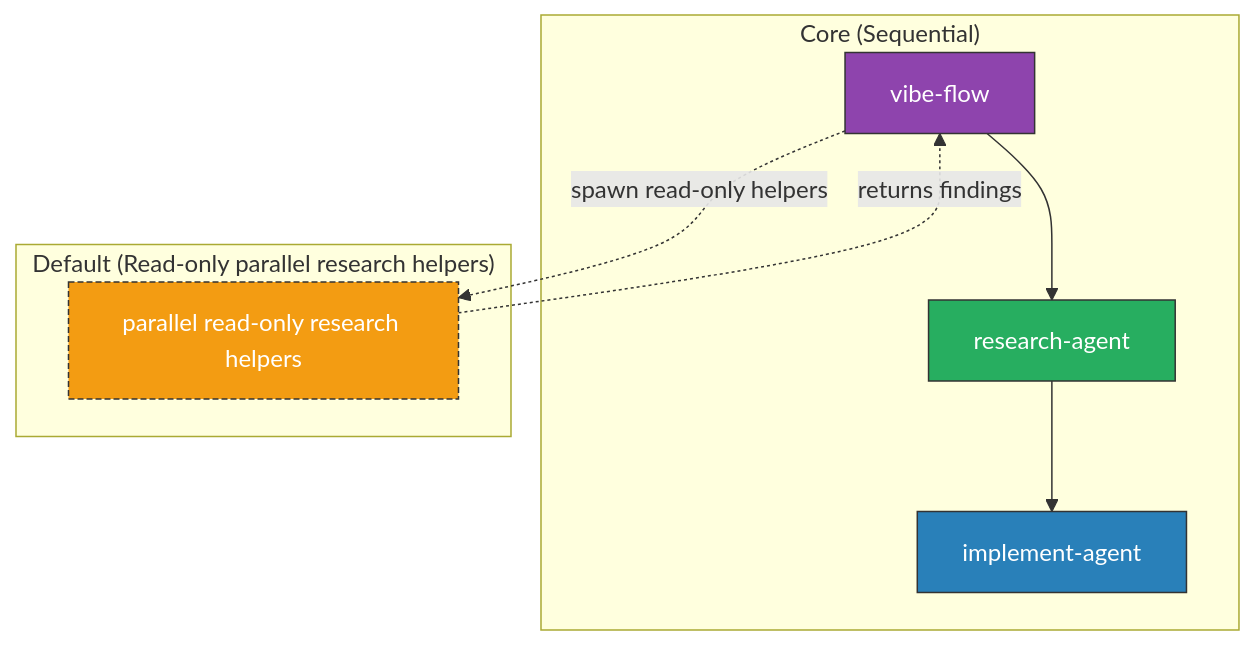
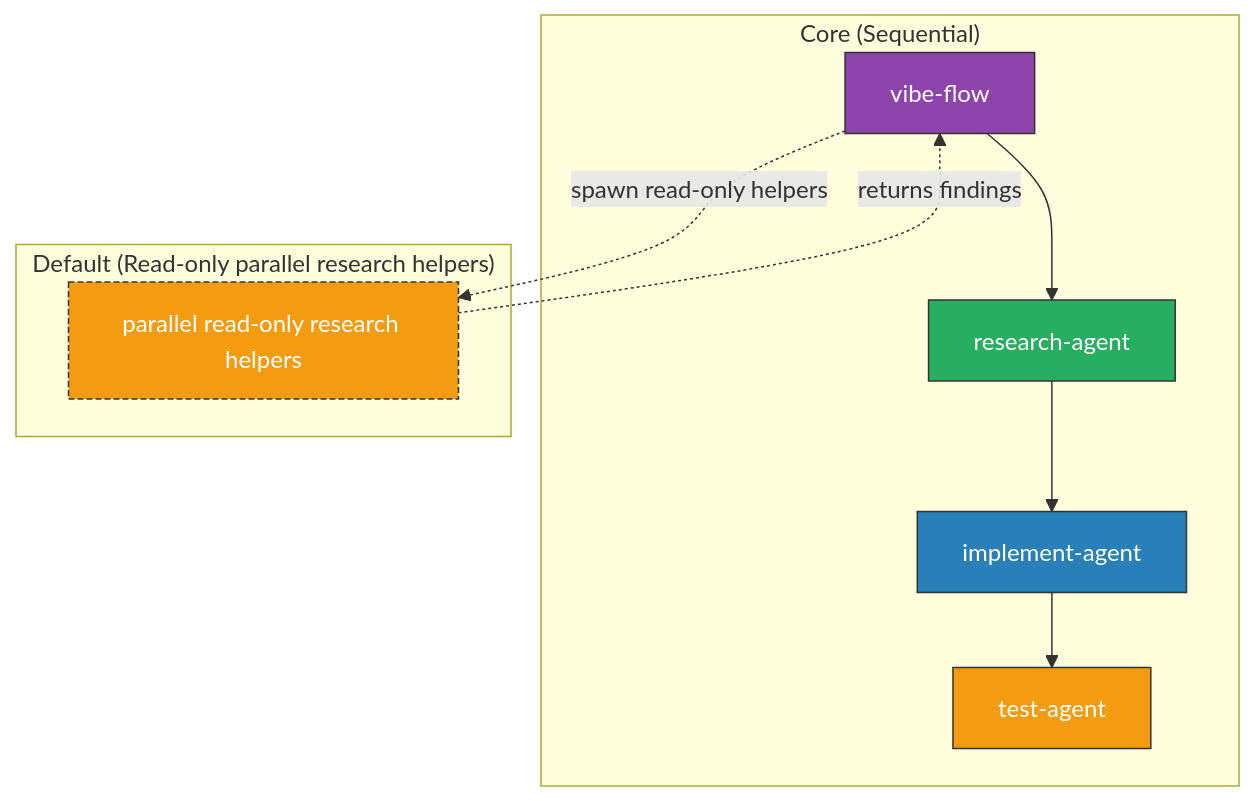
Before and after one commit to sammykumar/vibe-flow-agent-orchestrator: the second of 2 diagrams in README.md, drawn with Mermaid. The commit also changed other lines of this file and 3 other files, not shown here.

````diff
--- a/README.md
+++ b/README.md
@@ -81,17 +89,19 @@
 ```mermaid
 flowchart TD
     subgraph "Core (Sequential)"
         VF[vibe-flow] --> RA[research-agent]
         RA --> IA[implement-agent]
+        IA --> TA[test-agent]
     end
 
     subgraph "Default (Read-only parallel research helpers)"
         VF -.->|spawn read-only helpers| PR[parallel read-only research helpers]
         PR -.->|returns findings| VF
     end
 
     style VF fill:#8e44ad,stroke:#333,color:#fff
     style RA fill:#27ae60,stroke:#333,color:#fff
     style IA fill:#2980b9,stroke:#333,color:#fff
+    style TA fill:#f39c12,stroke:#333,color:#fff
     style PR fill:#f39c12,stroke:#333,color:#fff,stroke-dasharray: 4 2
 ```
````
